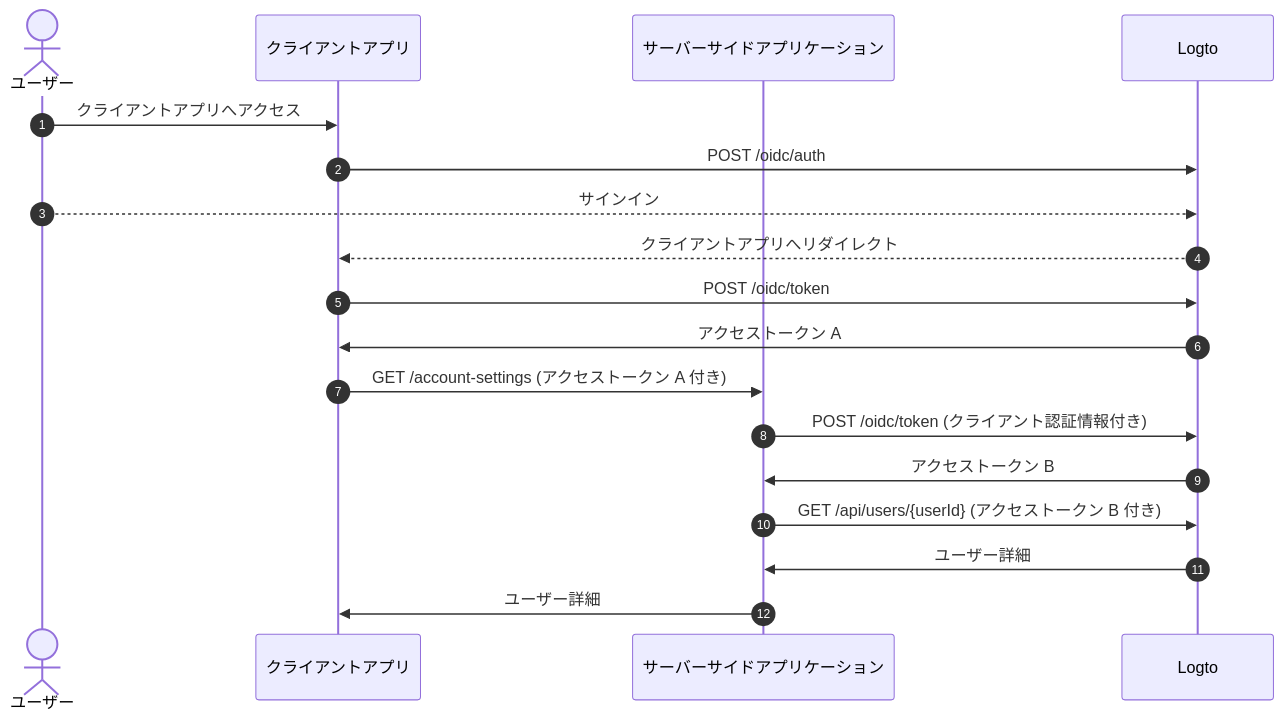
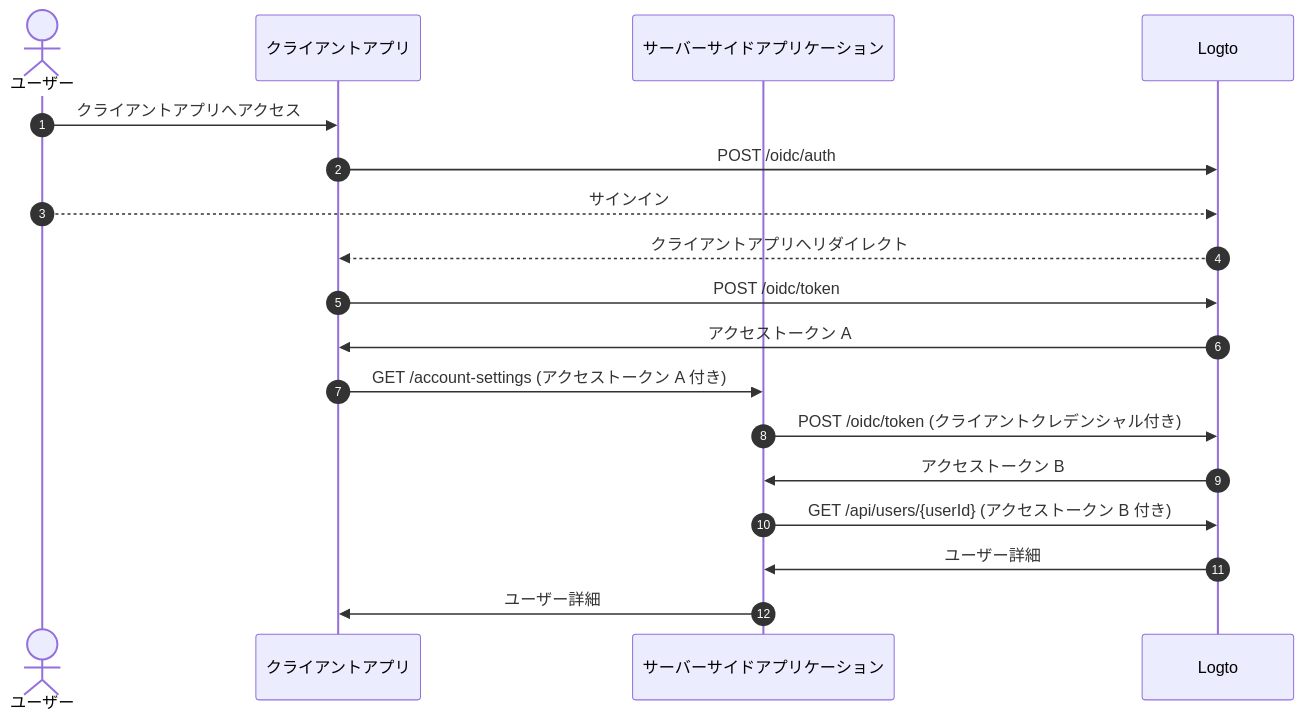
Before and after one commit to logto-io/docs: the second of 3 diagrams in i18n/ja/docusaurus-plugin-content-docs/current/end-user-flows/account-settings/by-management-api.mdx, drawn with Mermaid. The commit also changed other lines of this file and 152 other files, not shown here.

````diff
--- a/i18n/ja/docusaurus-plugin-content-docs/current/end-user-flows/account-settings/by-management-api.mdx
+++ b/i18n/ja/docusaurus-plugin-content-docs/current/end-user-flows/account-settings/by-management-api.mdx
@@ -27,21 +27,21 @@
 ```mermaid
   sequenceDiagram
     autonumber
     actor User as ユーザー
     participant Client as クライアントアプリ
     participant Server as サーバーサイドアプリケーション
     participant Logto as Logto
 
     User ->> Client: クライアントアプリへアクセス
     Client ->> Logto: POST /oidc/auth
     User -->> Logto: サインイン
     Logto -->> Client: クライアントアプリへリダイレクト
     Client ->> Logto: POST /oidc/token
     Logto ->> Client: アクセストークン A
     Client ->> Server: GET /account-settings (アクセストークン A 付き)
-    Server ->> Logto: POST /oidc/token (クライアント認証情報付き)
+    Server ->> Logto: POST /oidc/token (クライアントクレデンシャル付き)
     Logto ->> Server: アクセストークン B
     Server ->> Logto: GET /api/users/{userId} (アクセストークン B 付き)
     Logto ->> Server: ユーザー詳細
     Server ->> Client: ユーザー詳細
 ```
````
